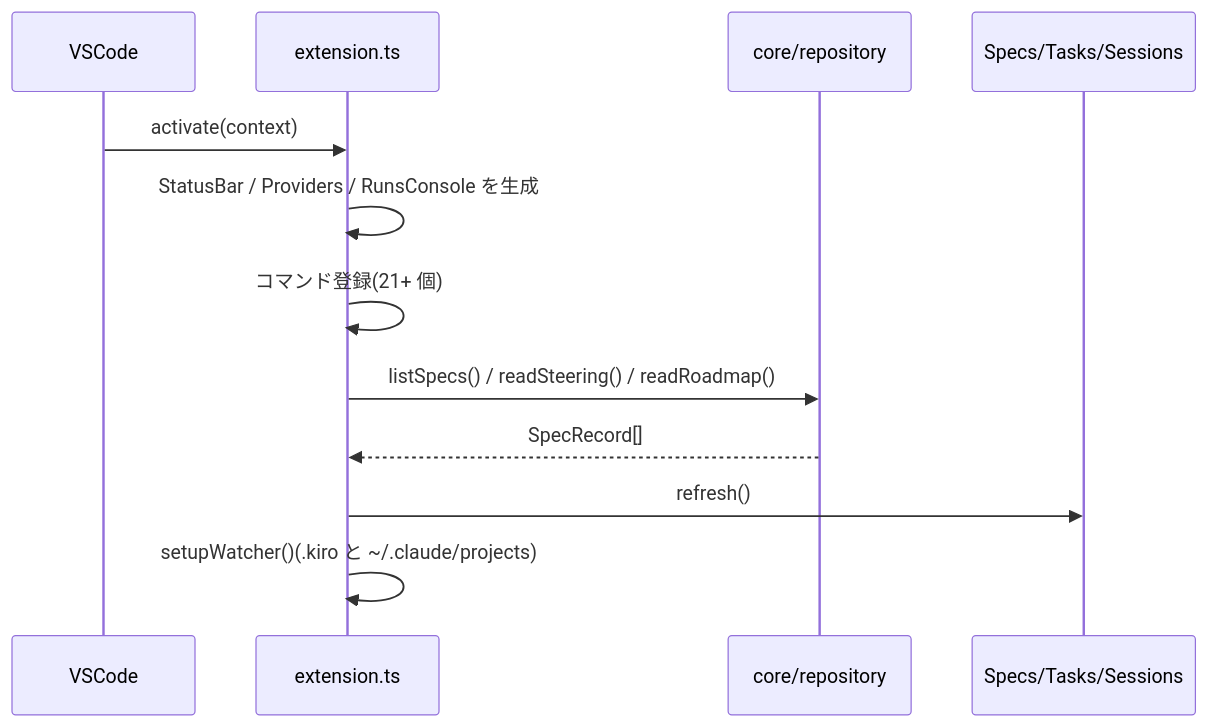
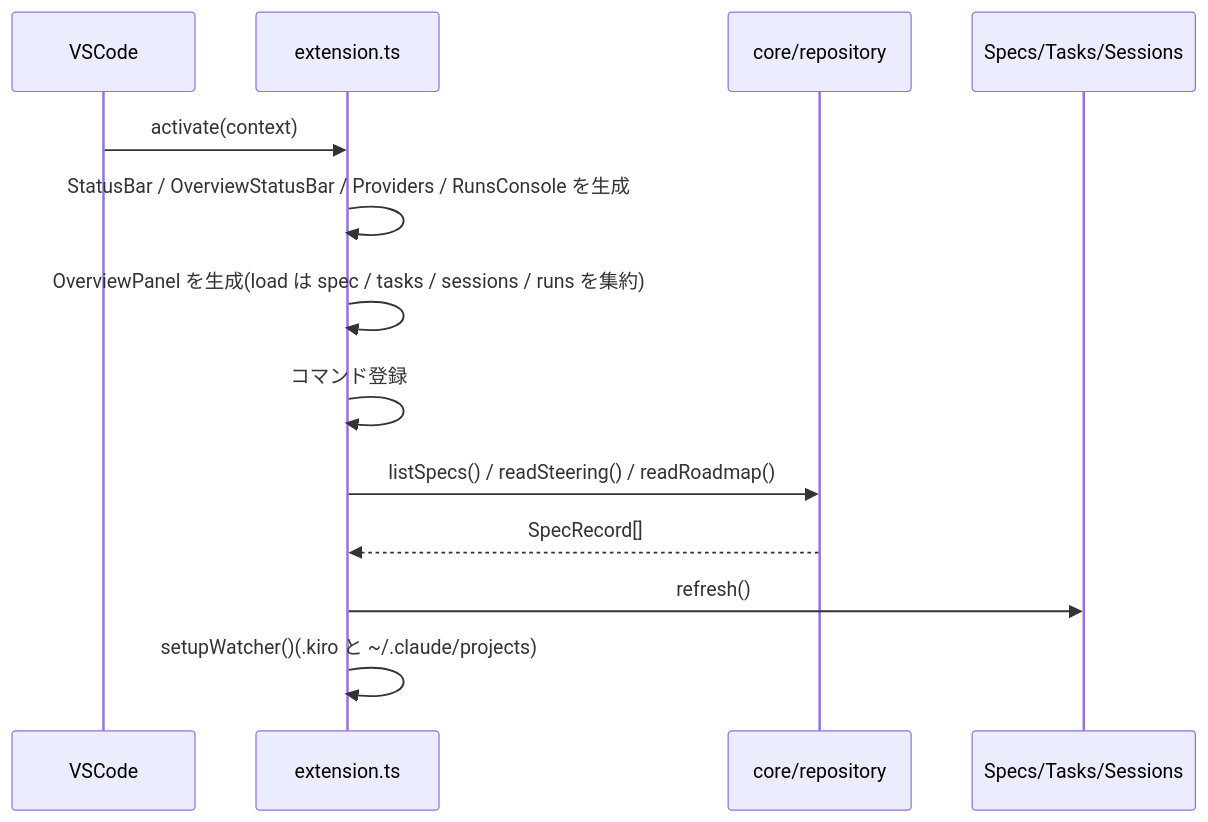
The diagram in docs/01-architecture.md (Tomatio13/cc-sdd-vscode-extension), drawn with Mermaid before and after one commit. The commit also changed other lines of this file and 11 other files, not shown here.

````diff
--- a/docs/01-architecture.md
+++ b/docs/01-architecture.md
@@ -52,14 +56,15 @@
 ```mermaid
 sequenceDiagram
   participant VSCode
   participant Ext as extension.ts
   participant Repo as core/repository
   participant Tree as Specs/Tasks/Sessions
   VSCode->>Ext: activate(context)
-  Ext->>Ext: StatusBar / Providers / RunsConsole を生成
-  Ext->>Ext: コマンド登録(21+ 個)
+  Ext->>Ext: StatusBar / OverviewStatusBar / Providers / RunsConsole を生成
+  Ext->>Ext: OverviewPanel を生成(load は spec / tasks / sessions / runs を集約)
+  Ext->>Ext: コマンド登録
   Ext->>Repo: listSpecs() / readSteering() / readRoadmap()
   Repo-->>Ext: SpecRecord[]
   Ext->>Tree: refresh()
   Ext->>Ext: setupWatcher()(.kiro と ~/.claude/projects)
 ```
````
